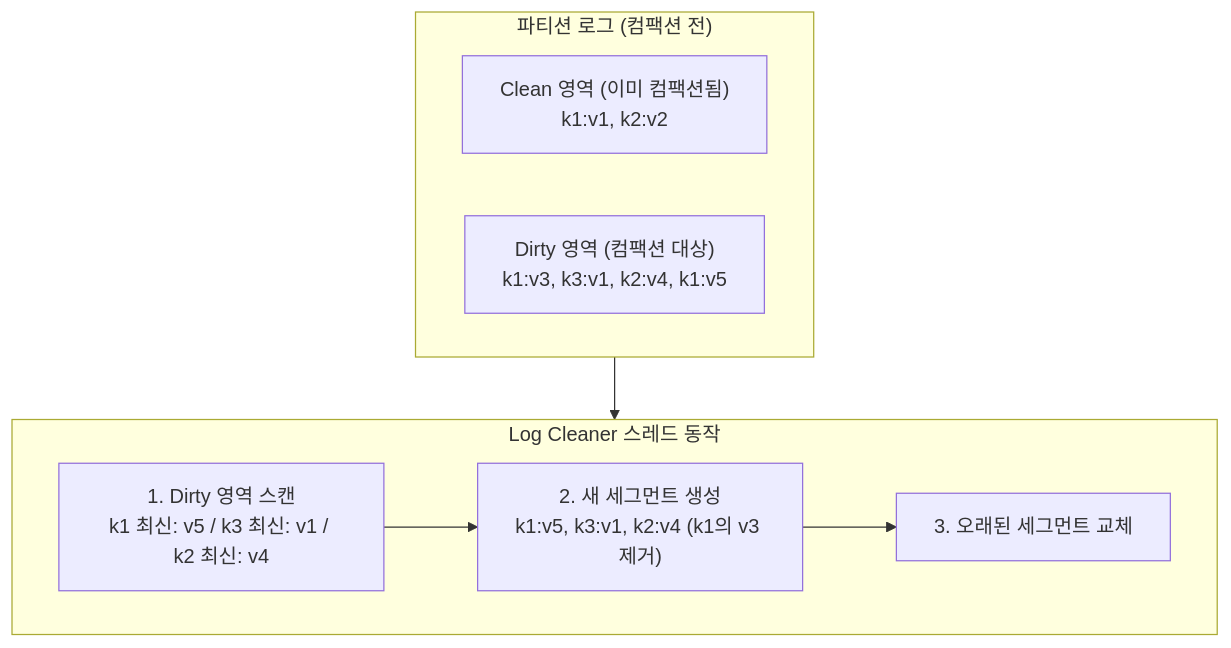
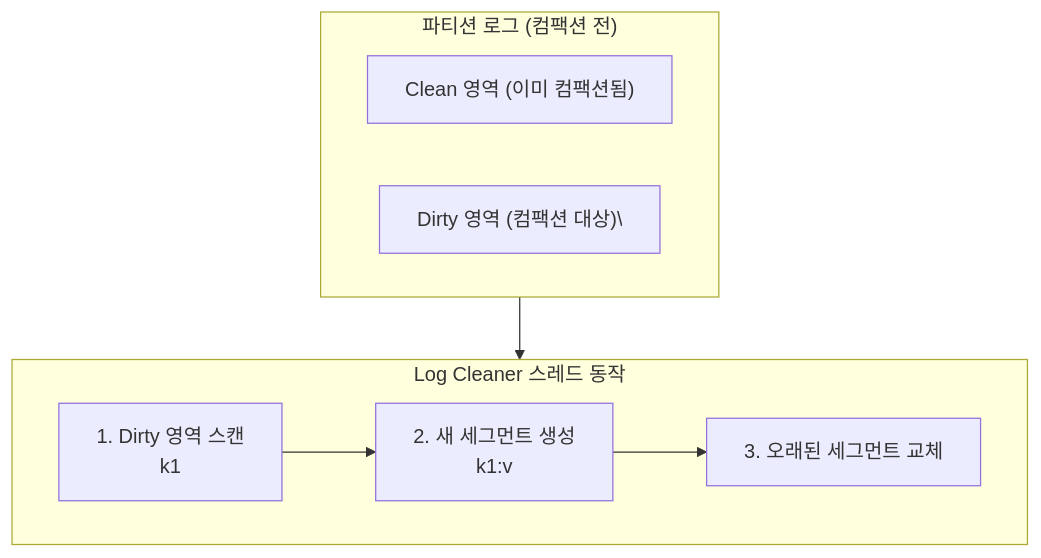
One commit to yjkim2015/yjkim2015.github.io changed diagram 19 of 21 in _posts/kafka/2026-05-01-kafka-internals.md. Above: the diagram before and after it, drawn with Mermaid. The commit also changed other lines of this file and 271 other files, not shown here.

First line of the commit message:
Mermaid 라벨 축소: 긴 노드 텍스트 18자 이하로 트림 + \n 제거

````diff
--- a/_posts/kafka/2026-05-01-kafka-internals.md
+++ b/_posts/kafka/2026-05-01-kafka-internals.md
@@ -575,14 +575,14 @@
 ```mermaid
 graph TD
     subgraph before["파티션 로그 (컴팩션 전)"]
-        CLEAN["Clean 영역 (이미 컴팩션됨)\nk1:v1, k2:v2"]
-        DIRTY["Dirty 영역 (컴팩션 대상)\nk1:v3, k3:v1, k2:v4, k1:v5"]
+        CLEAN["Clean 영역 (이미 컴팩션됨)"]
+        DIRTY["Dirty 영역 (컴팩션 대상)\"]
     end
     subgraph process["Log Cleaner 스레드 동작"]
-        SCAN["1. Dirty 영역 스캔\nk1 최신: v5 / k3 최신: v1 / k2 최신: v4"]
-        NEW["2. 새 세그먼트 생성\nk1:v5, k3:v1, k2:v4 (k1의 v3 제거)"]
+        SCAN["1. Dirty 영역 스캔\nk1"]
+        NEW["2. 새 세그먼트 생성\nk1:v"]
         REPLACE["3. 오래된 세그먼트 교체"]
         SCAN --> NEW --> REPLACE
     end
     before --> process
 ```
````
